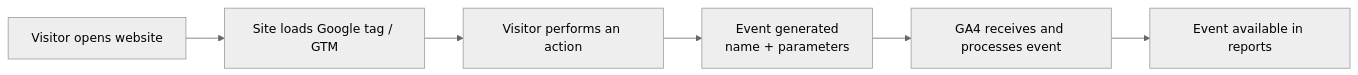
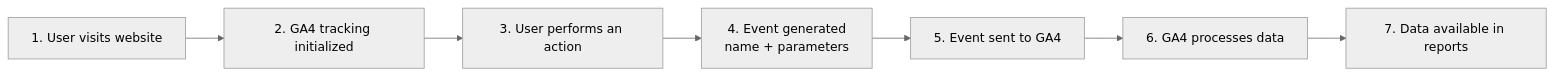
The first of 2 diagrams in docs/research/GA4_EVENT_TRACKING.md (savvytechinnovation/savvy-marketing-website), drawn with Mermaid (neutral theme) before and after one commit. The commit also changed other lines of this file, not shown here.

First line of the commit message:
docs: restructure GA4 event tracking research to updated spec

````diff
--- a/docs/research/GA4_EVENT_TRACKING.md
+++ b/docs/research/GA4_EVENT_TRACKING.md
@@ -93,8 +85,9 @@
 ```mermaid
 flowchart LR
-    A[Visitor opens website] --> B[Site loads Google tag / GTM]
-    B --> C[Visitor performs an action]
-    C --> D[Event generated<br/>name + parameters]
-    D --> E[GA4 receives and processes event]
-    E --> F[Event available in reports]
+    A[1. User visits website] --> B[2. GA4 tracking initialized]
+    B --> C[3. User performs an action]
+    C --> D[4. Event generated<br/>name + parameters]
+    D --> E[5. Event sent to GA4]
+    E --> F[6. GA4 processes data]
+    F --> G[7. Data available in reports]
 ```
````
